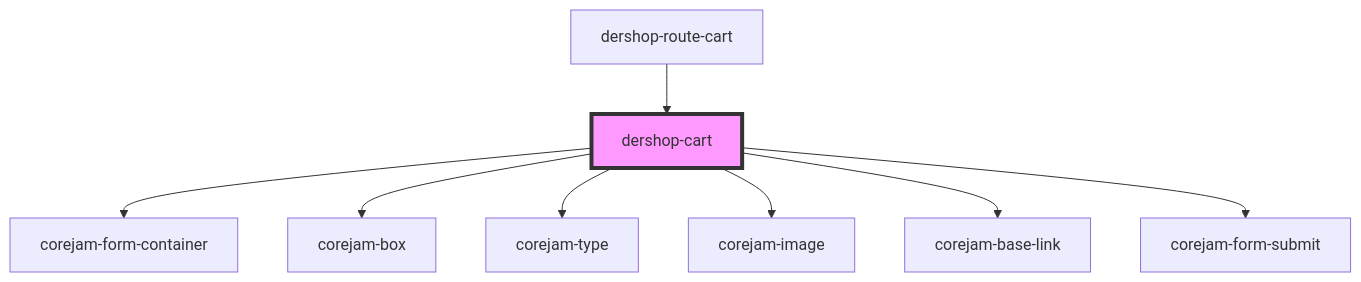
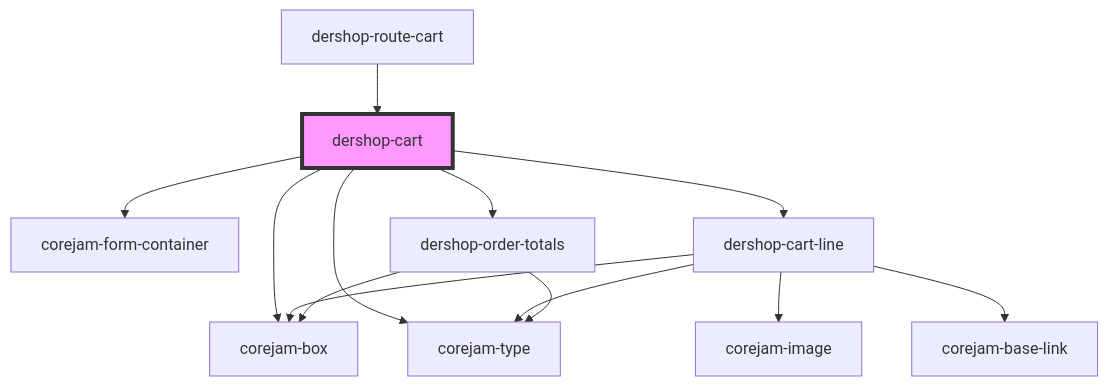
One commit to corejam/corejam changed the diagram in packages/plugins/dershop/app/components/dershop-cart/readme.md. Above: the diagram before and after it, drawn with Mermaid. The commit also changed other lines of this file and 42 other files, not shown here.

````diff
--- a/packages/plugins/dershop/app/components/dershop-cart/readme.md
+++ b/packages/plugins/dershop/app/components/dershop-cart/readme.md
@@ -24,11 +23,16 @@
 ```mermaid
 graph TD;
-  dershop-cart --> corejam-form-container
   dershop-cart --> corejam-box
   dershop-cart --> corejam-type
-  dershop-cart --> corejam-image
-  dershop-cart --> corejam-base-link
-  dershop-cart --> corejam-form-submit
+  dershop-cart --> corejam-form-container
+  dershop-cart --> dershop-cart-line
+  dershop-cart --> dershop-order-totals
+  dershop-cart-line --> corejam-box
+  dershop-cart-line --> corejam-image
+  dershop-cart-line --> corejam-base-link
+  dershop-cart-line --> corejam-type
+  dershop-order-totals --> corejam-box
+  dershop-order-totals --> corejam-type
   dershop-route-cart --> dershop-cart
   style dershop-cart fill:#f9f,stroke:#333,stroke-width:4px
 ```
````
